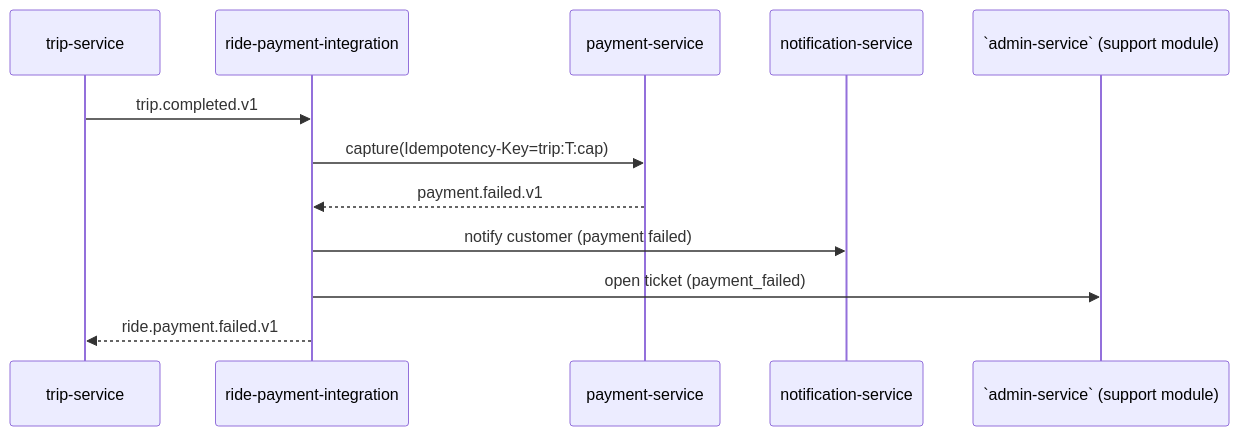
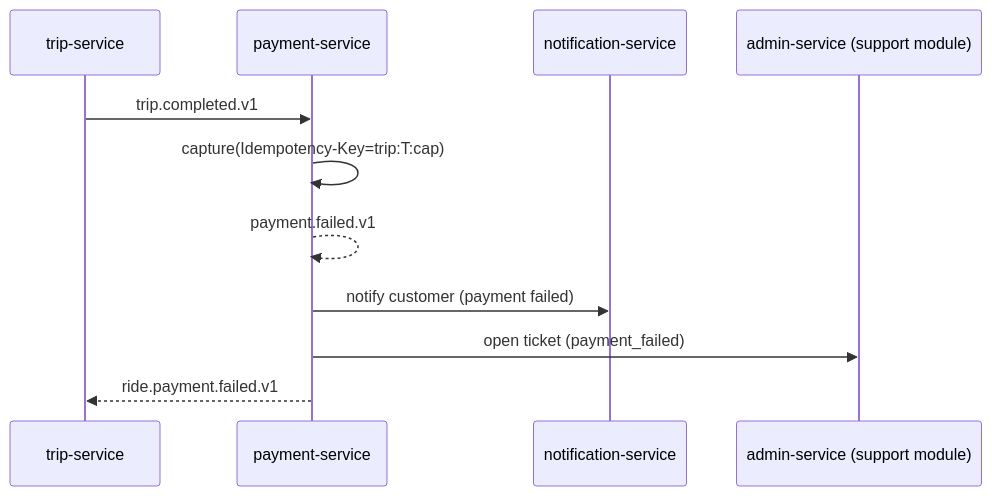
The second of 5 diagrams in docs/architecture/CONSISTENCY_STRATEGY.md (mohamedhabibwork/trips-enjoy-docs), drawn with Mermaid before and after one commit. The commit also changed other lines of this file and 245 other files, not shown here.

First line of the commit message:
docs: Update accounting, courier, driver, food order, payment, refund, and ride workflows

````diff
--- a/docs/architecture/CONSISTENCY_STRATEGY.md
+++ b/docs/architecture/CONSISTENCY_STRATEGY.md
@@ -92,15 +94,14 @@
 ```mermaid
 sequenceDiagram
     participant TR as trip-service
-    participant OR as ride-payment-integration
     participant PAY as payment-service
     participant NOT as notification-service
-    participant SUP as `admin-service` (support module)
+    participant SUP as admin-service (support module)
 
-    TR->>OR: trip.completed.v1
-    OR->>PAY: capture(Idempotency-Key=trip:T:cap)
-    PAY-->>OR: payment.failed.v1
-    OR->>NOT: notify customer (payment failed)
-    OR->>SUP: open ticket (payment_failed)
-    OR-->>TR: ride.payment.failed.v1
+    TR->>PAY: trip.completed.v1
+    PAY->>PAY: capture(Idempotency-Key=trip:T:cap)
+    PAY-->>PAY: payment.failed.v1
+    PAY->>NOT: notify customer (payment failed)
+    PAY->>SUP: open ticket (payment_failed)
+    PAY-->>TR: ride.payment.failed.v1
 ```
````
